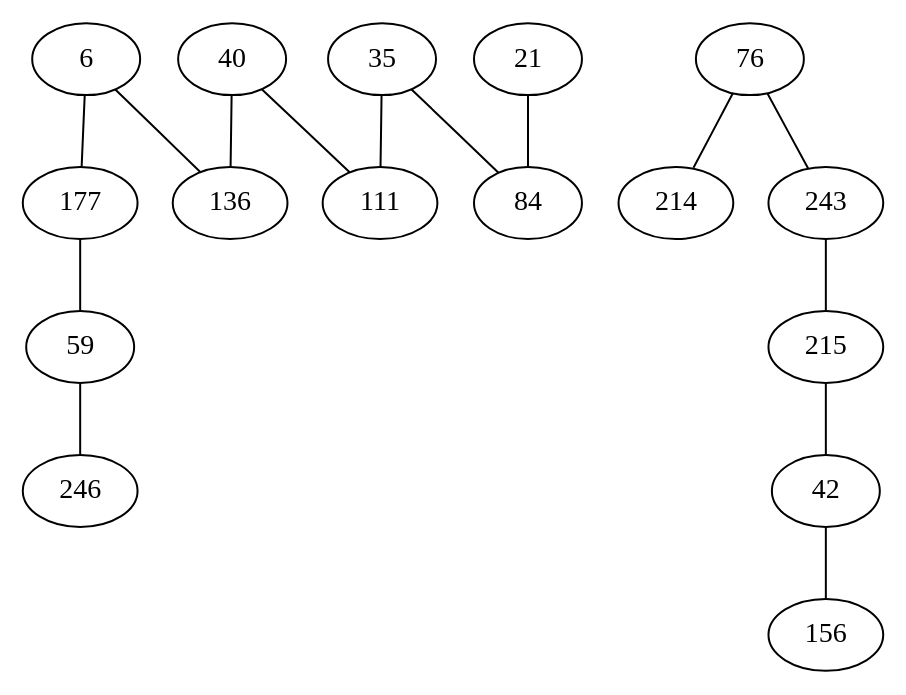
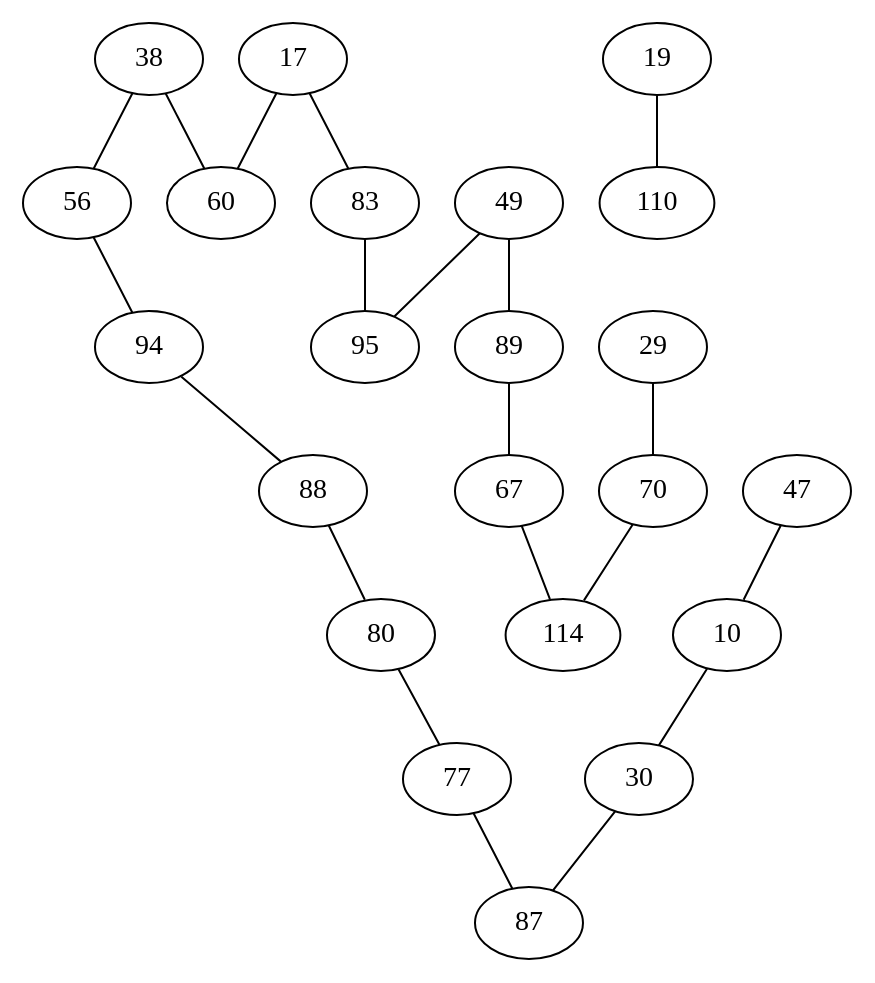
One commit to AuCson/Genome-Assembly-Implementation changed the diagram in external/dbg2olc/FinalBiDirectedBestOverlapGraph.dot. Above: the diagram before and after it, drawn with Graphviz. The commit also changed 79 other files, not shown here.

```diff
--- a/external/dbg2olc/FinalBiDirectedBestOverlapGraph.dot
+++ b/external/dbg2olc/FinalBiDirectedBestOverlapGraph.dot
@@ -1,30 +1,42 @@
 strict graph G {
-6 -- 136;
-21 -- 84;
-35 -- 111;
-40 -- 111;
-42 -- 156;
-59 -- 246;
-76 -- 214;
-84 -- 21;
-111 -- 35;
-136 -- 6;
-177 -- 59;
-215 -- 42;
-243 -- 215;
-246 -- 59;
-6 -- 177;
-35 -- 84;
-40 -- 136;
-42 -- 215;
-59 -- 177;
-76 -- 243;
-84 -- 35;
-111 -- 40;
-136 -- 40;
-156 -- 42;
-177 -- 6;
-214 -- 76;
-215 -- 243;
-243 -- 76;
+10 -- 30;
+17 -- 60;
+30 -- 10;
+38 -- 60;
+47 -- 10;
+49 -- 95;
+56 -- 94;
+60 -- 38;
+67 -- 114;
+70 -- 114;
+77 -- 87;
+80 -- 77;
+83 -- 95;
+87 -- 77;
+88 -- 80;
+89 -- 67;
+94 -- 88;
+95 -- 49;
+114 -- 67;
+10 -- 47;
+17 -- 83;
+19 -- 110;
+29 -- 70;
+30 -- 87;
+38 -- 56;
+49 -- 89;
+56 -- 38;
+60 -- 17;
+67 -- 89;
+70 -- 29;
+77 -- 80;
+80 -- 88;
+83 -- 17;
+87 -- 30;
+88 -- 94;
+89 -- 49;
+94 -- 56;
+95 -- 83;
+110 -- 19;
+114 -- 70;
 }
```
